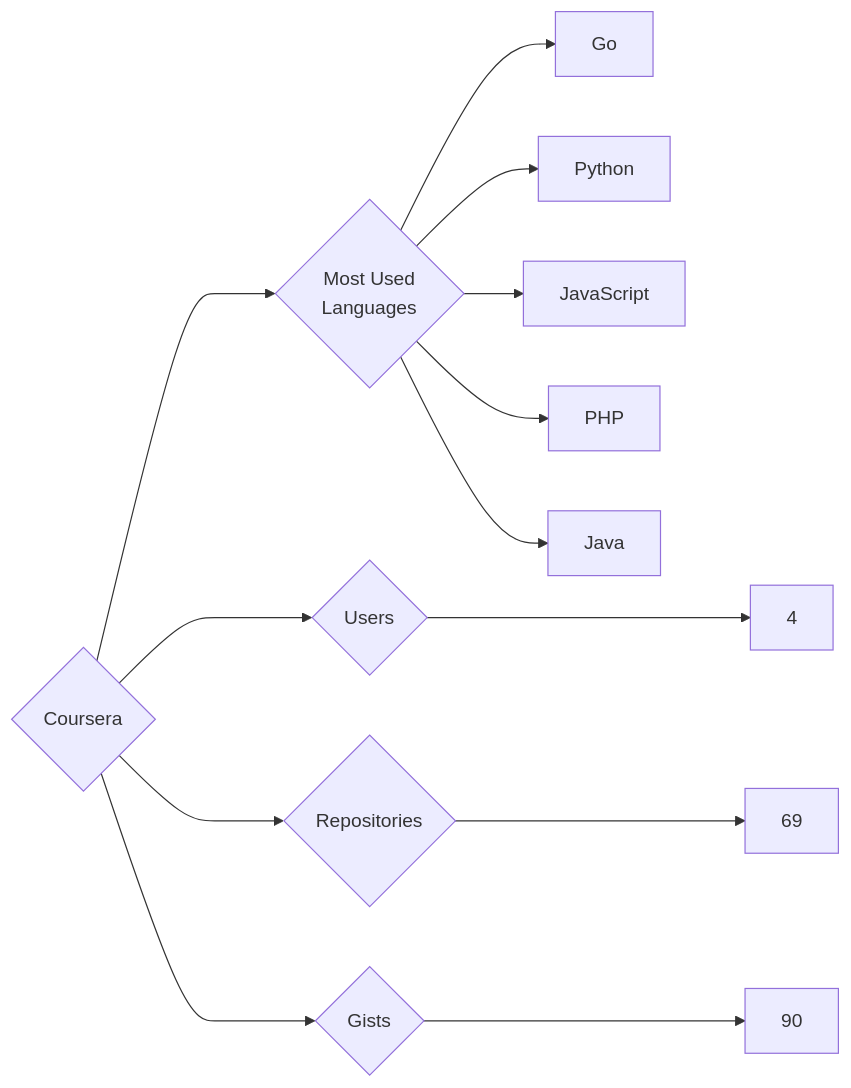
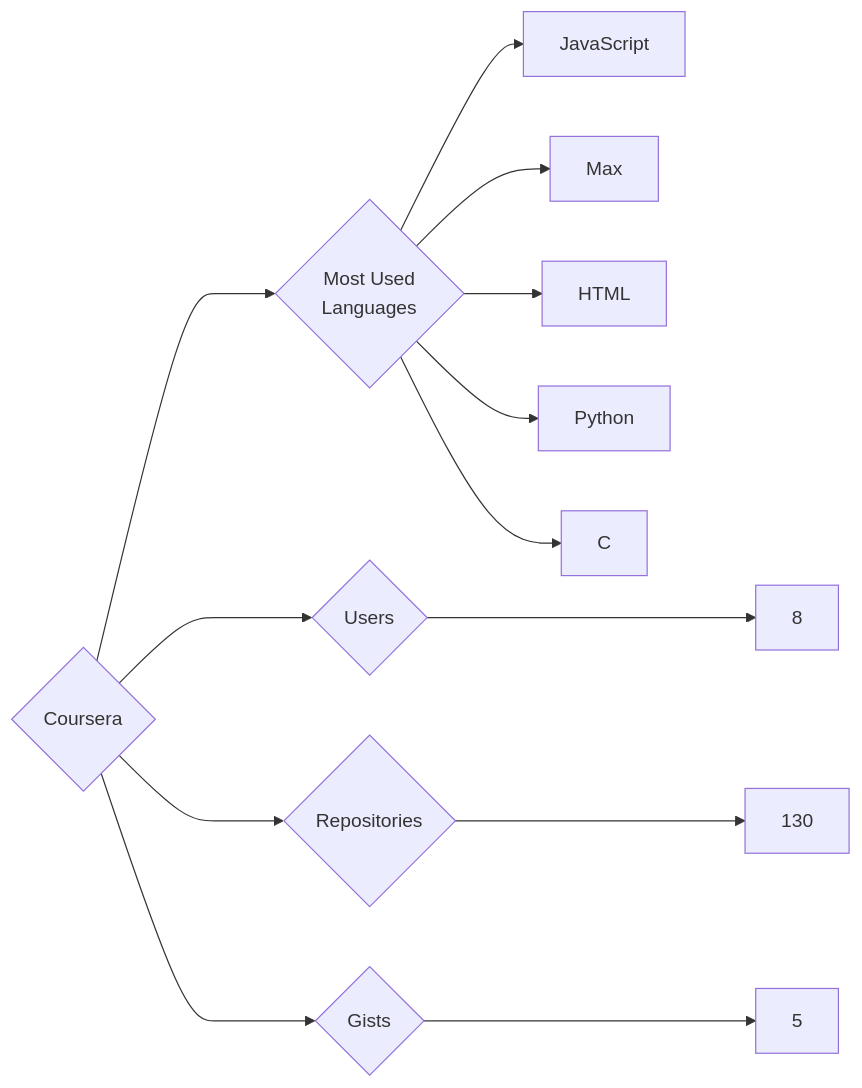
The diagram in targets/Coursera/README.md (trickest/insiders), drawn with Mermaid before and after one commit. The commit also changed 724 other files, not shown here.

````diff
--- a/targets/Coursera/README.md
+++ b/targets/Coursera/README.md
@@ -3,13 +3,13 @@
 ```mermaid
 graph LR
 COMPANY_NAME{Coursera}
-COMPANY_NAME ---> U{Users} ---> UN[4]
-COMPANY_NAME ---> R{Repositories} ---> RN[69]
-COMPANY_NAME ---> G{Gists} ---> GN[90]
+COMPANY_NAME ---> U{Users} ---> UN[8]
+COMPANY_NAME ---> R{Repositories} ---> RN[130]
+COMPANY_NAME ---> G{Gists} ---> GN[5]
 COMPANY_NAME ---> ML{Most Used<br>Languages}
-ML --> Go[Go]
+ML --> JavaScript[JavaScript]
+ML --> Max[Max]
+ML --> HTML[HTML]
 ML --> Python[Python]
-ML --> JavaScript[JavaScript]
-ML --> PHP[PHP]
-ML --> Java[Java]
+ML --> C[C]
 ```
````
